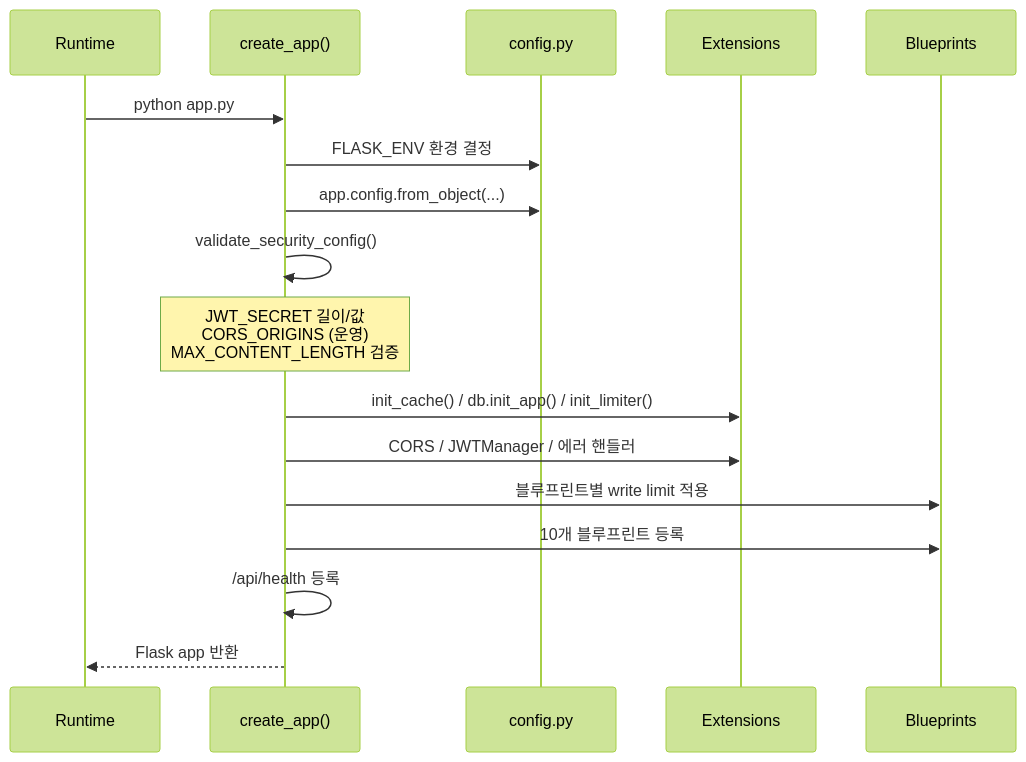
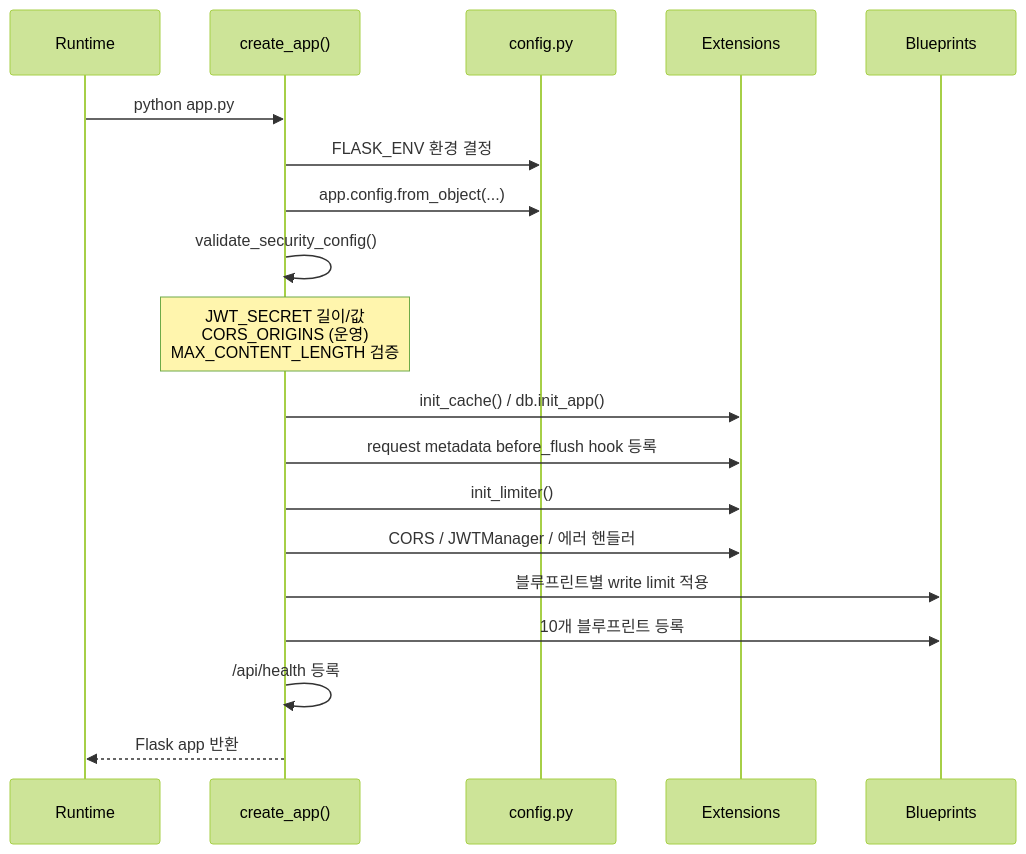
The second of 3 diagrams in backend/README.md (hanjm-github/beomseo.in), drawn with Mermaid (forest theme) before and after one commit. The commit also changed other lines of this file and 17 other files, not shown here.

````diff
--- a/backend/README.md
+++ b/backend/README.md
@@ -79,20 +80,22 @@
 ```mermaid
 sequenceDiagram
     participant R as Runtime
     participant A as create_app()
     participant C as config.py
     participant E as Extensions
     participant B as Blueprints
 
     R->>A: python app.py
     A->>C: FLASK_ENV 환경 결정
     A->>C: app.config.from_object(...)
     A->>A: validate_security_config()
     Note over A: JWT_SECRET 길이/값<br/>CORS_ORIGINS (운영)<br/>MAX_CONTENT_LENGTH 검증
-    A->>E: init_cache() / db.init_app() / init_limiter()
+    A->>E: init_cache() / db.init_app()
+    A->>E: request metadata before_flush hook 등록
+    A->>E: init_limiter()
     A->>E: CORS / JWTManager / 에러 핸들러
     A->>B: 블루프린트별 write limit 적용
     A->>B: 10개 블루프린트 등록
     A->>A: /api/health 등록
     A-->>R: Flask app 반환
 ```
````
